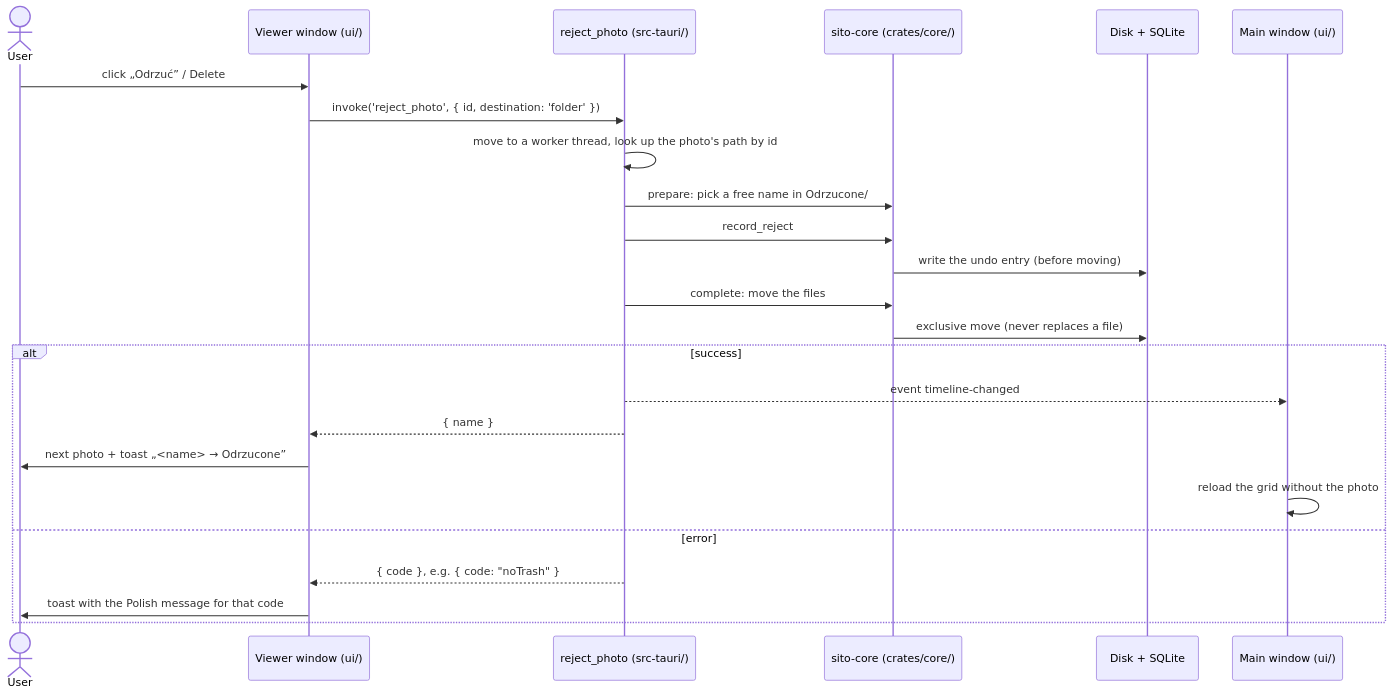
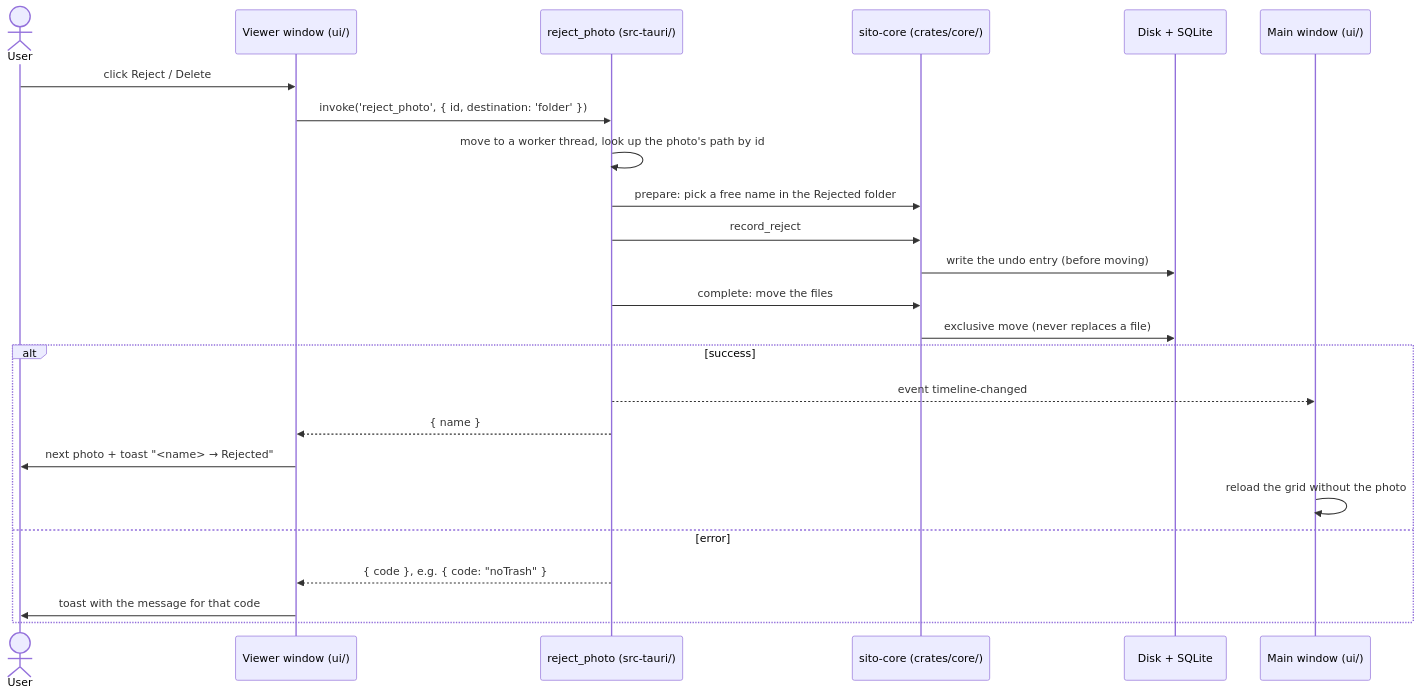
The second of 2 diagrams in docs/ARCHITECTURE.md (lukaszkalnik/sito), drawn with Mermaid before and after one commit. The commit also changed other lines of this file, not shown here.

Commit message:
docs: English terms in the architecture overview

````diff
--- a/docs/ARCHITECTURE.md
+++ b/docs/ARCHITECTURE.md
@@ -83,27 +83,27 @@
 ```mermaid
 sequenceDiagram
     actor User
     participant UI as Viewer window (ui/)
     participant Cmd as reject_photo (src-tauri/)
     participant Core as sito-core (crates/core/)
     participant Disk as Disk + SQLite
     participant Main as Main window (ui/)
 
-    User->>UI: click „Odrzuć” / Delete
+    User->>UI: click Reject / Delete
     UI->>Cmd: invoke('reject_photo', { id, destination: 'folder' })
     Cmd->>Cmd: move to a worker thread, look up the photo's path by id
-    Cmd->>Core: prepare: pick a free name in Odrzucone/
+    Cmd->>Core: prepare: pick a free name in the Rejected folder
     Cmd->>Core: record_reject
     Core->>Disk: write the undo entry (before moving)
     Cmd->>Core: complete: move the files
     Core->>Disk: exclusive move (never replaces a file)
     alt success
         Cmd-->>Main: event timeline-changed
         Cmd-->>UI: { name }
-        UI->>User: next photo + toast „<name> → Odrzucone”
+        UI->>User: next photo + toast "<name> → Rejected"
         Main->>Main: reload the grid without the photo
     else error
         Cmd-->>UI: { code }, e.g. { code: "noTrash" }
-        UI->>User: toast with the Polish message for that code
+        UI->>User: toast with the message for that code
     end
 ```
````
